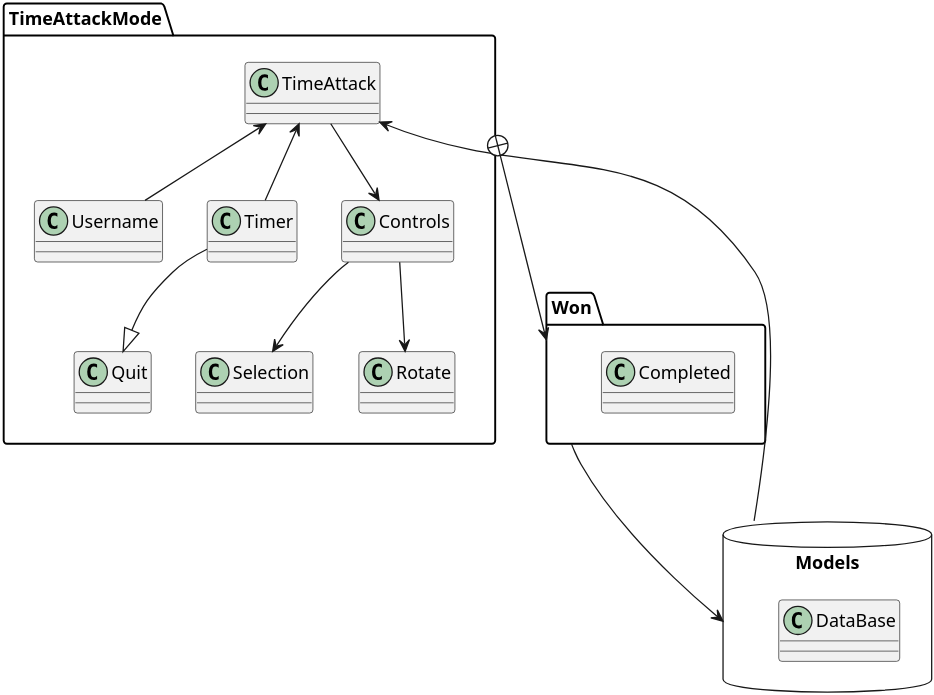
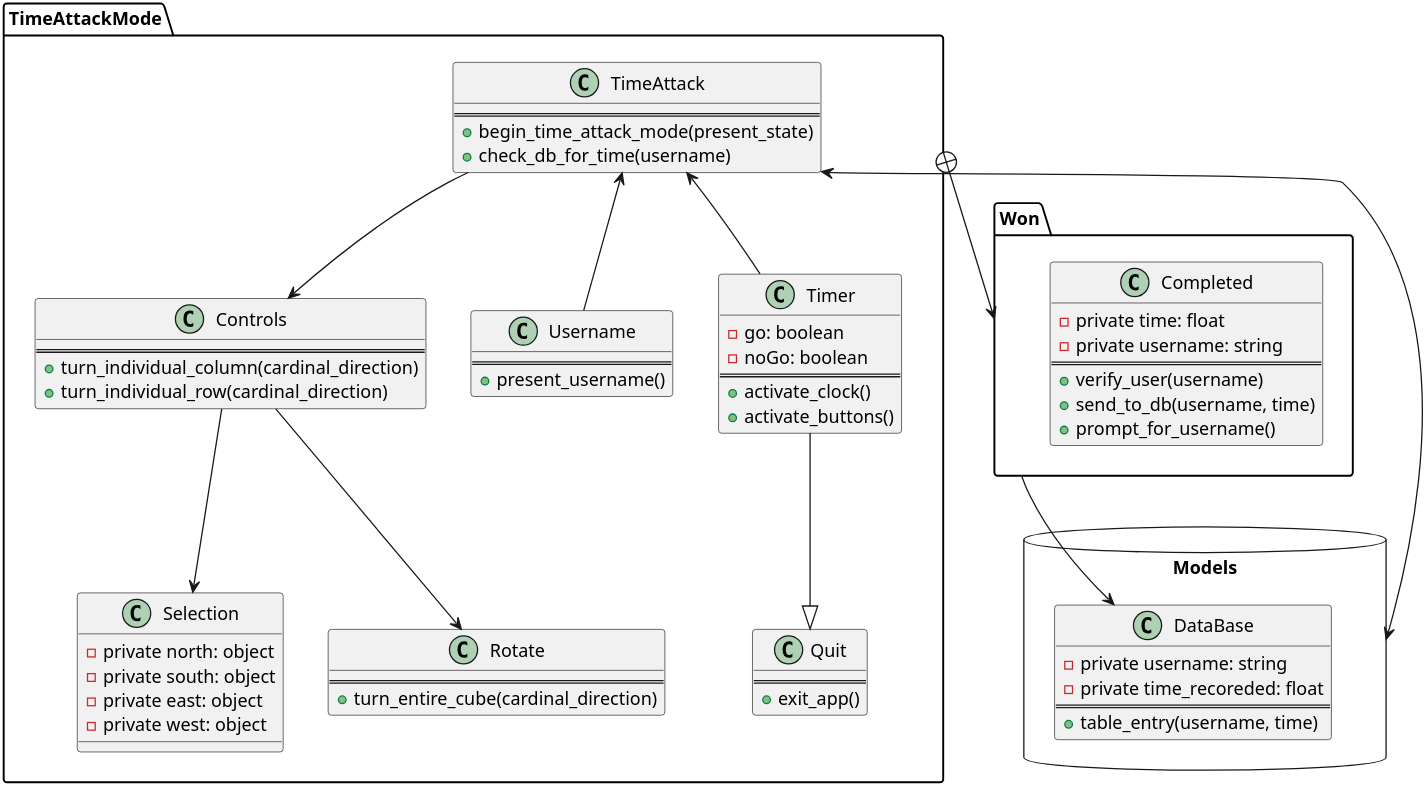
The fourth of 5 diagrams in rubiks_des.org (djhunter67/Softeare-Engineering-Rubiks-Cube), drawn with PlantUML before and after one commit. The commit also changed other lines of this file and 5 other files, not shown here.

Commit message:
starting the DataBase design

```diff
--- a/rubiks_des.org
+++ b/rubiks_des.org
@@ -193,32 +231,72 @@
 #+BEGIN_SRC plantuml :file time-attack_design.png
 
-     scale 600
-   package TimeAttackMode {
-   class TimeAttack {}
-       class Controls {}
-      class Selection {}
-    class Username {}
-        class Timer {}
-      class Rotate {}
-  class Quit {}
+      scale 600
+    package TimeAttackMode {
+    class TimeAttack {
+  ==
+        +begin_time_attack_mode(present_state)
+        +check_db_for_time(username)
+    }
+        class Controls {
+        ==
+        +turn_individual_column(cardinal_direction)
+        +turn_individual_row(cardinal_direction)
+        }
+       class Selection {
+      -private north: object
+        -private south: object
+      -private east: object
+    -private west: object
+       }
+     class Username {
+   ==
+   +present_username()
      }
-       package Models <<Database>> {
-             class DataBase {}
+         class Timer {
+        -go: boolean
+        -noGo: boolean
+        ==
+          +activate_clock()
+          +activate_buttons()
+         }
+       class Rotate {
+     ==
+          +turn_entire_cube(cardinal_direction)
+       }
+   class Quit {
+  ==
+  +exit_app()
+   }
+      }
+        package Models <<Database>> {
+              class DataBase {
+            -private username: string
+        -private time_recoreded: float
+      ==
+    +table_entry(username, time)
+              }
+            }
+          package Won {
+           class Completed {
+          -private time: float
+        -private username: string
+      ==
+      +verify_user(username)
+      +send_to_db(username, time)
+      +prompt_for_username()
            }
-         package Won {
-          class Completed {}
-       }
+        }
 
 
-       TimeAttack <-- Username
-       TimeAttack <-- Timer
-       TimeAttack --> Controls
-       Controls --> Selection
-       Controls --> Rotate
-       Models --> TimeAttack
-       Timer --|> Quit
-       TimeAttackMode +---> Won
-     Won ---> Models
+        TimeAttack <-- Username
+        TimeAttack <-- Timer
+        TimeAttack --> Controls
+        Controls --> Selection
+        Controls --> Rotate
+        Models <--> TimeAttack
+        Timer --|> Quit
+        TimeAttackMode +--> Won
+      Won --> DataBase
 
 
 #+END_SRC
```
